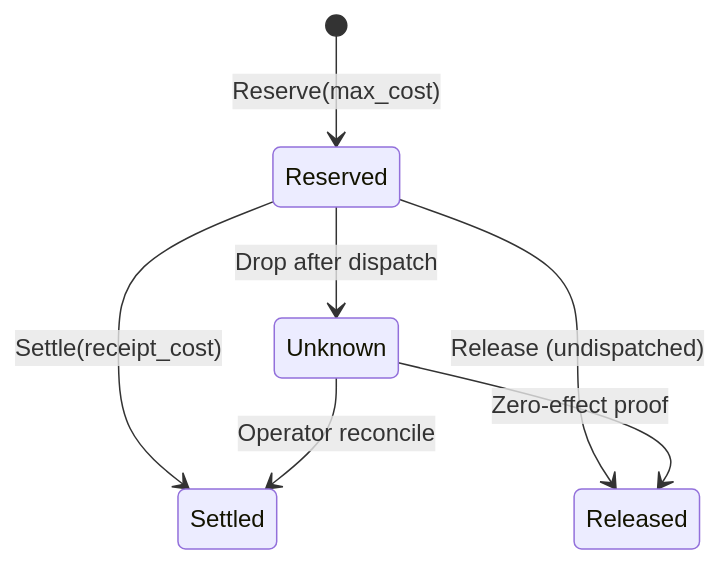
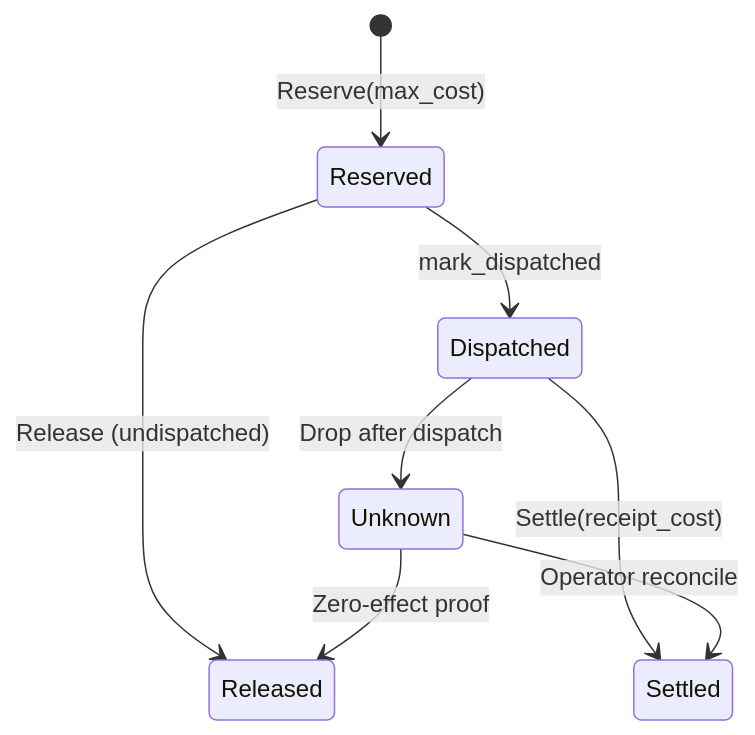
Before and after one commit to GuiBibeau/solos-swarm: the second of 2 diagrams in docs/ARCHITECTURE.md, drawn with Mermaid. The commit also changed other lines of this file and 7 other files, not shown here.

````diff
--- a/docs/ARCHITECTURE.md
+++ b/docs/ARCHITECTURE.md
@@ -92,9 +92,10 @@
 ```mermaid
 stateDiagram-v2
     [*] --> Reserved : Reserve(max_cost)
-    Reserved --> Settled : Settle(receipt_cost)
     Reserved --> Released : Release (undispatched)
-    Reserved --> Unknown : Drop after dispatch
+    Reserved --> Dispatched : mark_dispatched
+    Dispatched --> Settled : Settle(receipt_cost)
+    Dispatched --> Unknown : Drop after dispatch
     Unknown --> Settled : Operator reconcile
     Unknown --> Released : Zero-effect proof
 ```
````
